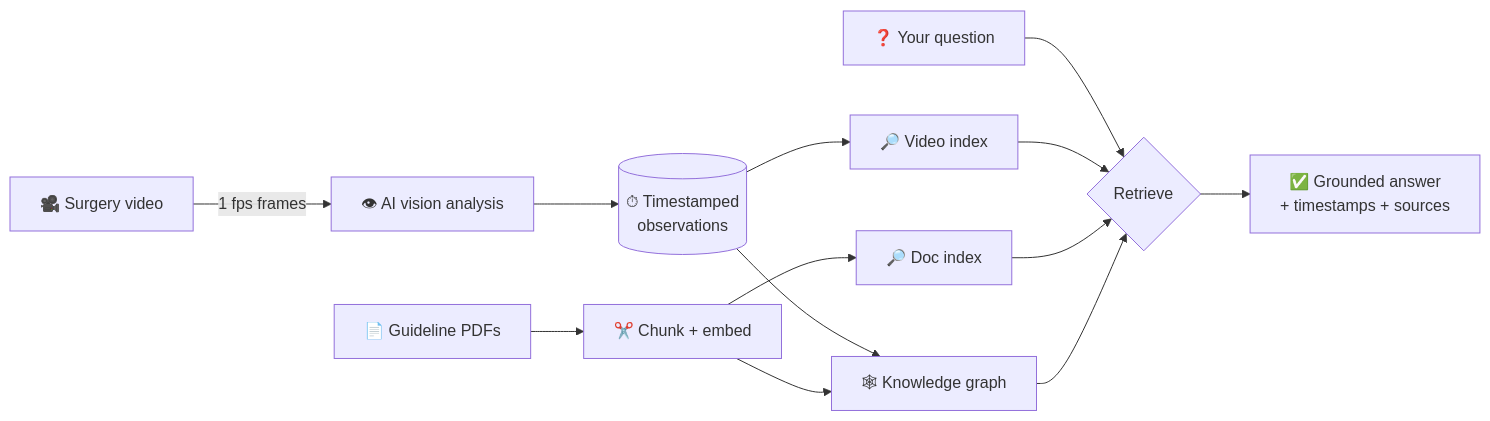
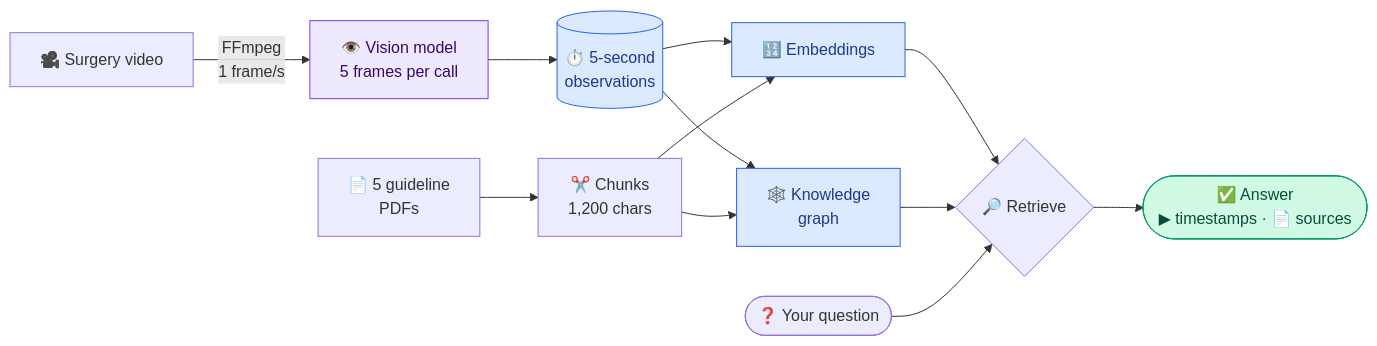
The first of 4 diagrams in README.md (karthi-ai-engineer/Surgical-Video-Knowledge), drawn with Mermaid before and after one commit. The commit also changed other lines of this file, not shown here.

Commit message:
Rewrite README with diagrams for the pipeline, answers, knowledge graph and review

````diff
--- a/README.md
+++ b/README.md
@@ -48,17 +69,21 @@
 ```mermaid
 flowchart LR
-  V["🎥 Surgery video"] -->|1 fps frames| VA["👁 AI vision analysis"]
-  VA --> OBS[("⏱ Timestamped<br/>observations")]
-  P["📄 Guideline PDFs"] --> CH["✂️ Chunk + embed"]
+    V["🎥 Surgery video"] -->|"FFmpeg<br/>1 frame/s"| VA["👁️ Vision model<br/>5 frames per call"]
+    VA --> OBS[("⏱️ 5-second<br/>observations")]
+    P["📄 5 guideline<br/>PDFs"] --> CH["✂️ Chunks<br/>1,200 chars"]
+    OBS --> EMB["🔢 Embeddings"]
+    CH --> EMB
+    OBS --> KG["🕸️ Knowledge<br/>graph"]
+    CH --> KG
+    EMB --> R{"🔎 Retrieve"}
+    KG --> R
+    Q(["❓ Your question"]) --> R
+    R --> A(["✅ Answer<br/>▶ timestamps · 📄 sources"])
 
-  OBS --> VE["🔎 Video index"]
-  CH --> DE["🔎 Doc index"]
-  OBS --> KG["🕸 Knowledge graph"]
-  CH --> KG
-
-  Q["❓ Your question"] --> R{"Retrieve"}
-  VE --> R
-  DE --> R
-  KG --> R
-  R --> A["✅ Grounded answer<br/>+ timestamps + sources"]
+    classDef store fill:#DBEAFE,stroke:#2563EB,color:#1E3A8A
+    classDef model fill:#EDE9FE,stroke:#7C3AED,color:#3B0764
+    classDef out fill:#D1FAE5,stroke:#059669,color:#064E3B
+    class OBS,EMB,KG store
+    class VA model
+    class A out
 ```
````
